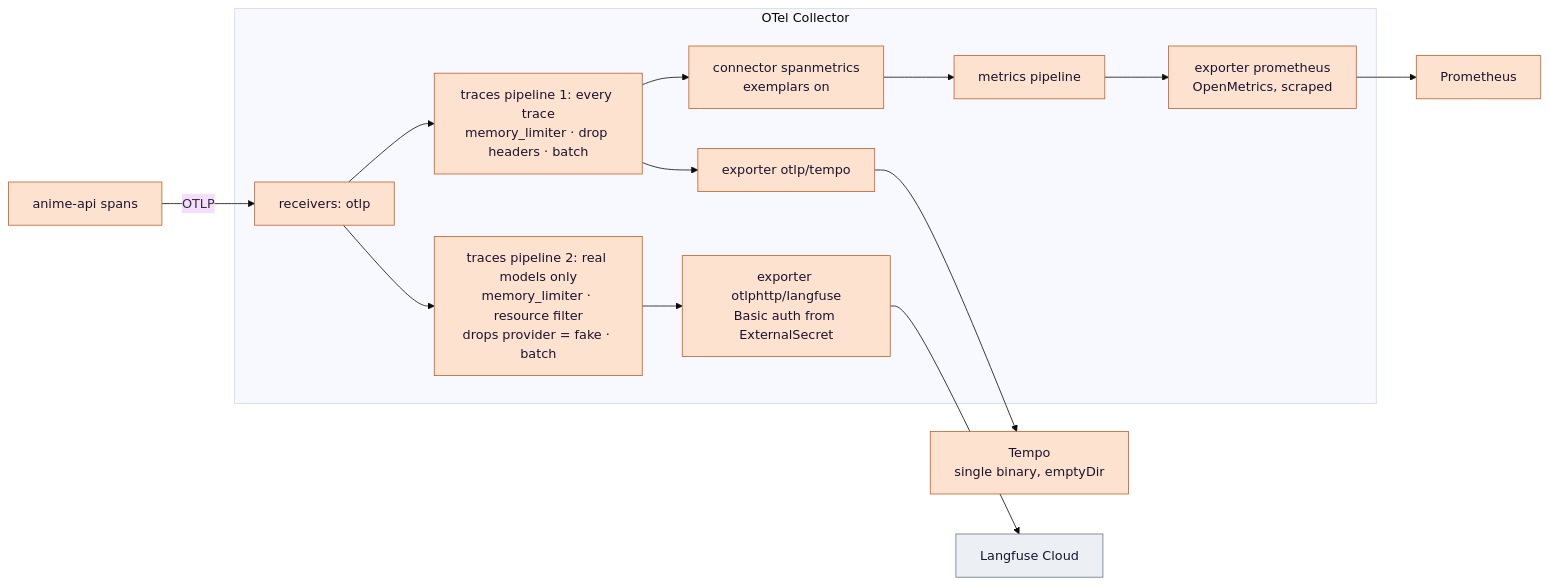
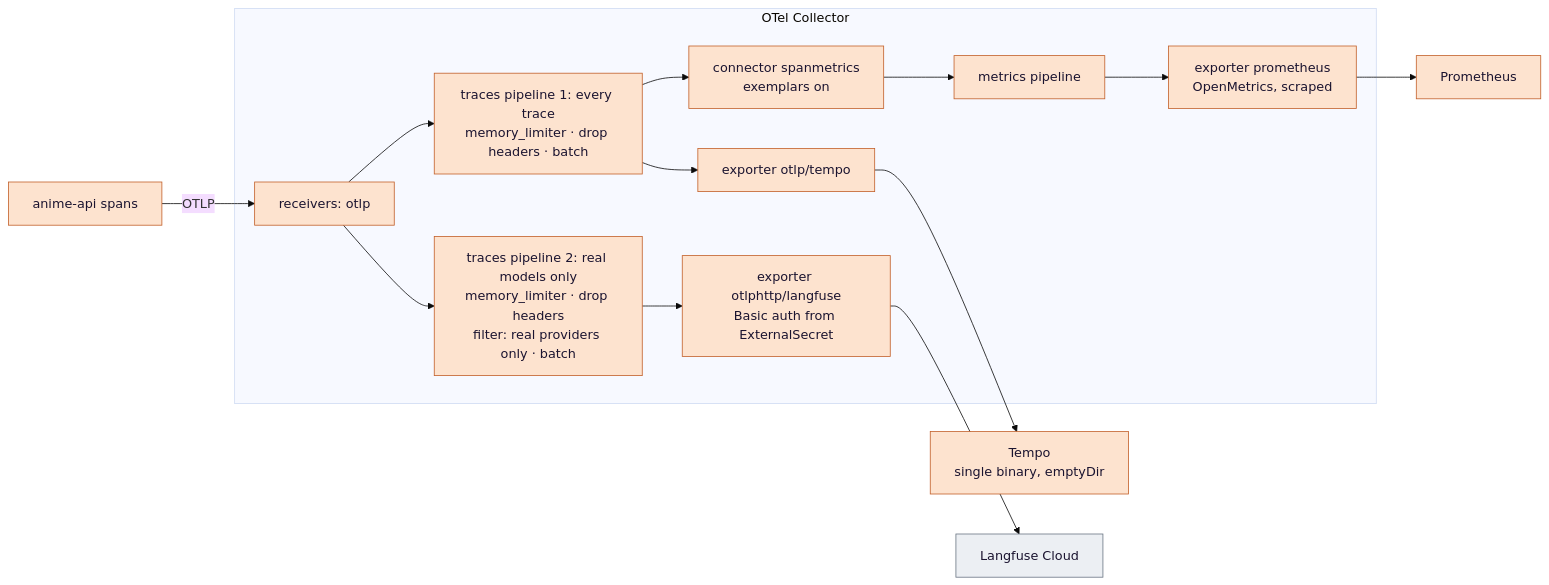
Before and after one commit to biabeogo147/Anime-Recommender: the third of 8 diagrams in docs/eks-sre-llmops-design.md, drawn with Mermaid (base theme). The commit also changed other lines of this file and 33 other files, not shown here.

````diff
--- a/docs/eks-sre-llmops-design.md
+++ b/docs/eks-sre-llmops-design.md
@@ -437,24 +447,24 @@
 ```mermaid
 flowchart LR
     API["anime-api spans"] -->|"OTLP"| RCV["receivers: otlp"]
 
     subgraph COLL["OTel Collector"]
         RCV --> P1["traces pipeline 1: every trace<br/>memory_limiter · drop headers · batch"]
-        P2["traces pipeline 2: real models only<br/>memory_limiter · resource filter<br/>drops provider = fake · batch"]
+        P2["traces pipeline 2: real models only<br/>memory_limiter · drop headers<br/>filter: real providers only · batch"]
         RCV --> P2
         P1 --> EXTEMPO["exporter otlp/tempo"]
         P1 --> CONN["connector spanmetrics<br/>exemplars on"]
         P2 --> EXLF["exporter otlphttp/langfuse<br/>Basic auth from ExternalSecret"]
         CONN --> P3["metrics pipeline"]
         P3 --> EXPROM["exporter prometheus<br/>OpenMetrics, scraped"]
     end
 
     EXTEMPO --> TEMPO["Tempo<br/>single binary, emptyDir"]
     EXLF --> LF["Langfuse Cloud"]
     EXPROM --> PROM["Prometheus"]
 
     classDef argo fill:#fde3cf,stroke:#c2602a,color:#1b1430;
     classDef ext fill:#eceff3,stroke:#6b7684,color:#1b1430;
     class API,RCV,P1,P2,P3,EXTEMPO,EXLF,CONN,EXPROM,TEMPO,PROM argo
     class LF ext
 ```
````
